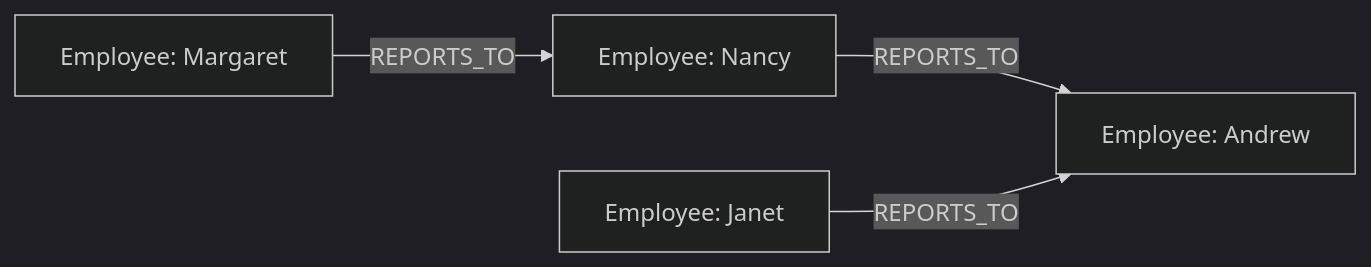
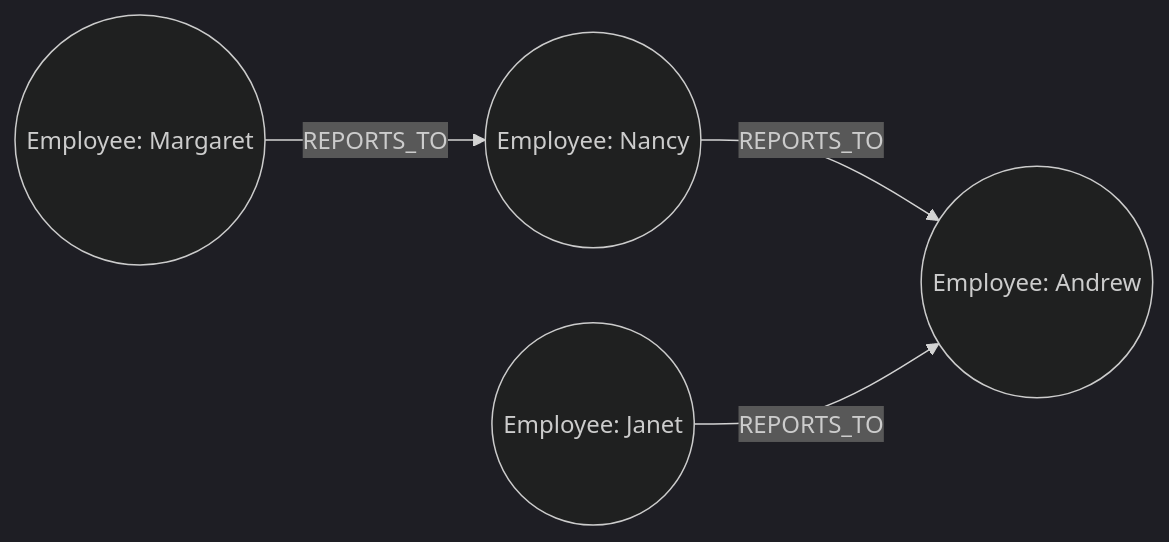
One commit to neo4j-graphacademy/courses changed the third of 5 diagrams in asciidoc/courses/workshop-importing/modules/2-data-modeling/lessons/4-relationships/lesson.adoc. Above: the diagram before and after it, drawn with Mermaid (dark theme). The commit also changed other lines of this file and 15 other files, not shown here.

````diff
--- a/asciidoc/courses/workshop-importing/modules/2-data-modeling/lessons/4-relationships/lesson.adoc
+++ b/asciidoc/courses/workshop-importing/modules/2-data-modeling/lessons/4-relationships/lesson.adoc
@@ -166,6 +166,6 @@
 ```mermaid
 graph LR
-    A[Employee: Nancy] -->|REPORTS_TO| B[Employee: Andrew]
-    C[Employee: Janet] -->|REPORTS_TO| B
-    D[Employee: Margaret] -->|REPORTS_TO| A
+    A((Employee: Nancy)) -->|REPORTS_TO| B((Employee: Andrew))
+    C((Employee: Janet)) -->|REPORTS_TO| B
+    D((Employee: Margaret)) -->|REPORTS_TO| A
 ```
````
